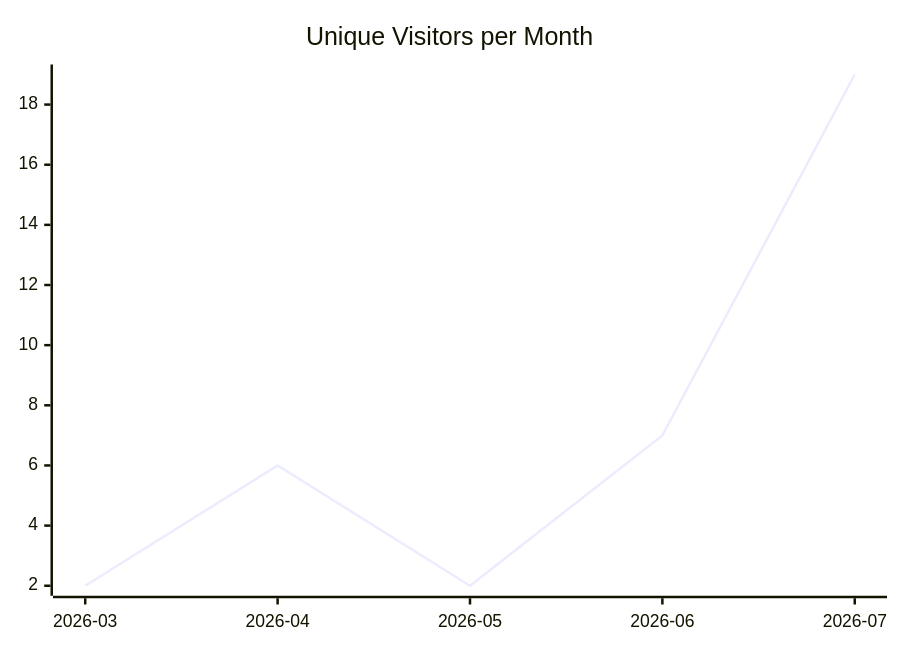
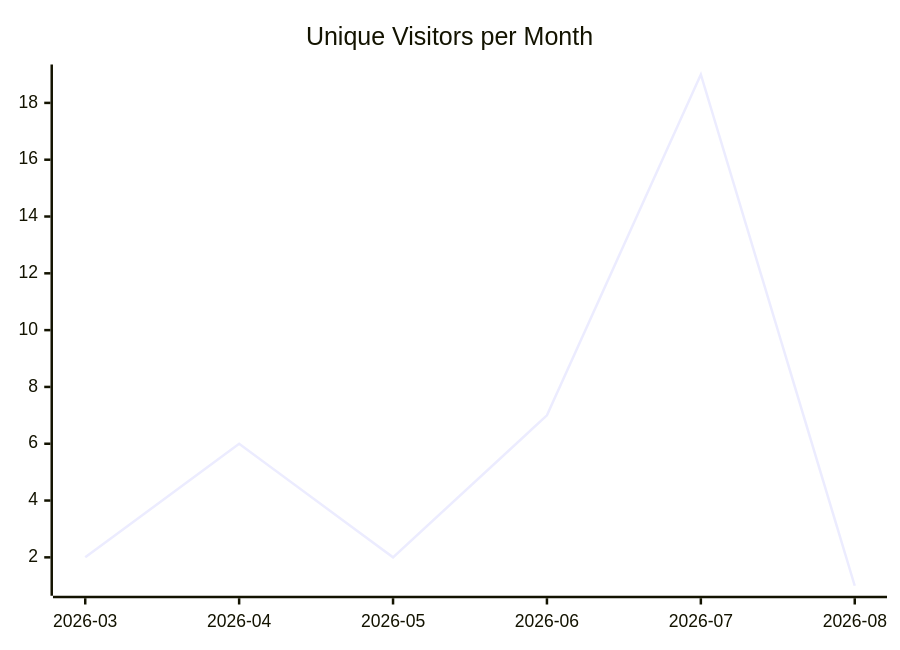
One commit to justdavis-family/github-analytics-data changed the first of 3 diagrams in karlmdavis/fhir-benchmarks/README.md. Above: the diagram before and after it, drawn with Mermaid. The commit also changed other lines of this file and 180 other files, not shown here.

````diff
--- a/karlmdavis/fhir-benchmarks/README.md
+++ b/karlmdavis/fhir-benchmarks/README.md
@@ -5,6 +5,6 @@
 ```mermaid
 xychart-beta
   title "Unique Visitors per Month"
-  x-axis ["2026-03", "2026-04", "2026-05", "2026-06", "2026-07"]
-  line [2, 6, 2, 7, 19]
+  x-axis ["2026-03", "2026-04", "2026-05", "2026-06", "2026-07", "2026-08"]
+  line [2, 6, 2, 7, 19, 1]
 ```
````
